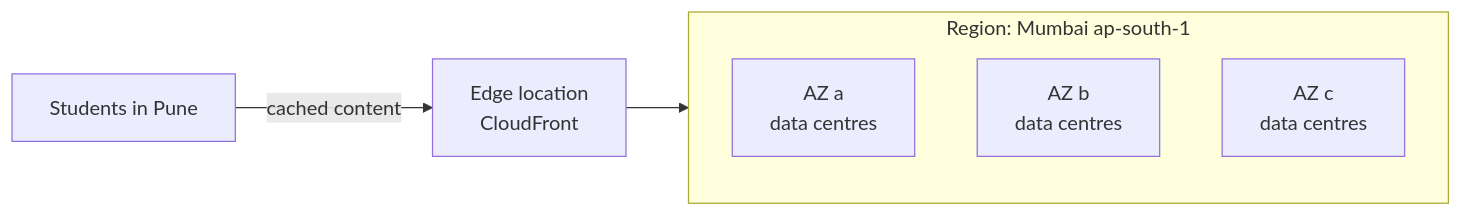
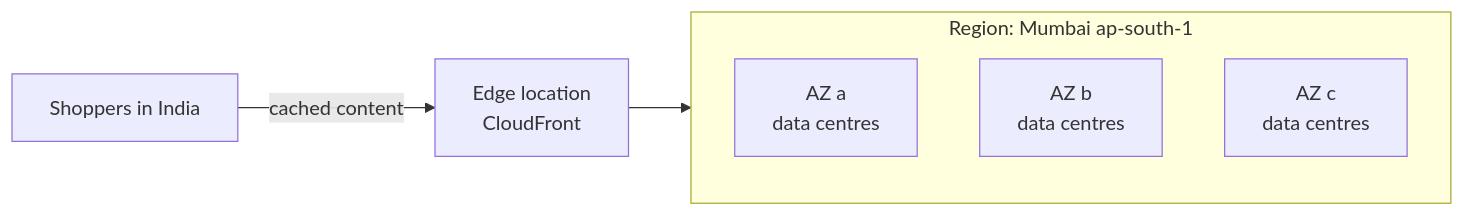
One commit to cloudadhar/cloud-unlock-aws-challenge changed the diagram in week-01/day-02/05-global-infrastructure.md. Above: the diagram before and after it, drawn with Mermaid. The commit also changed other lines of this file and 9 other files, not shown here.

````diff
--- a/week-01/day-02/05-global-infrastructure.md
+++ b/week-01/day-02/05-global-infrastructure.md
@@ -11,10 +11,10 @@
 ```mermaid
 flowchart LR
-    U[Students in Pune] -->|cached content| E[Edge location<br/>CloudFront]
+    U[Shoppers in India] -->|cached content| E[Edge location<br/>CloudFront]
     E --> R
     subgraph R[Region: Mumbai ap-south-1]
         A1[AZ a<br/>data centres]
         A2[AZ b<br/>data centres]
         A3[AZ c<br/>data centres]
     end
 ```
````
